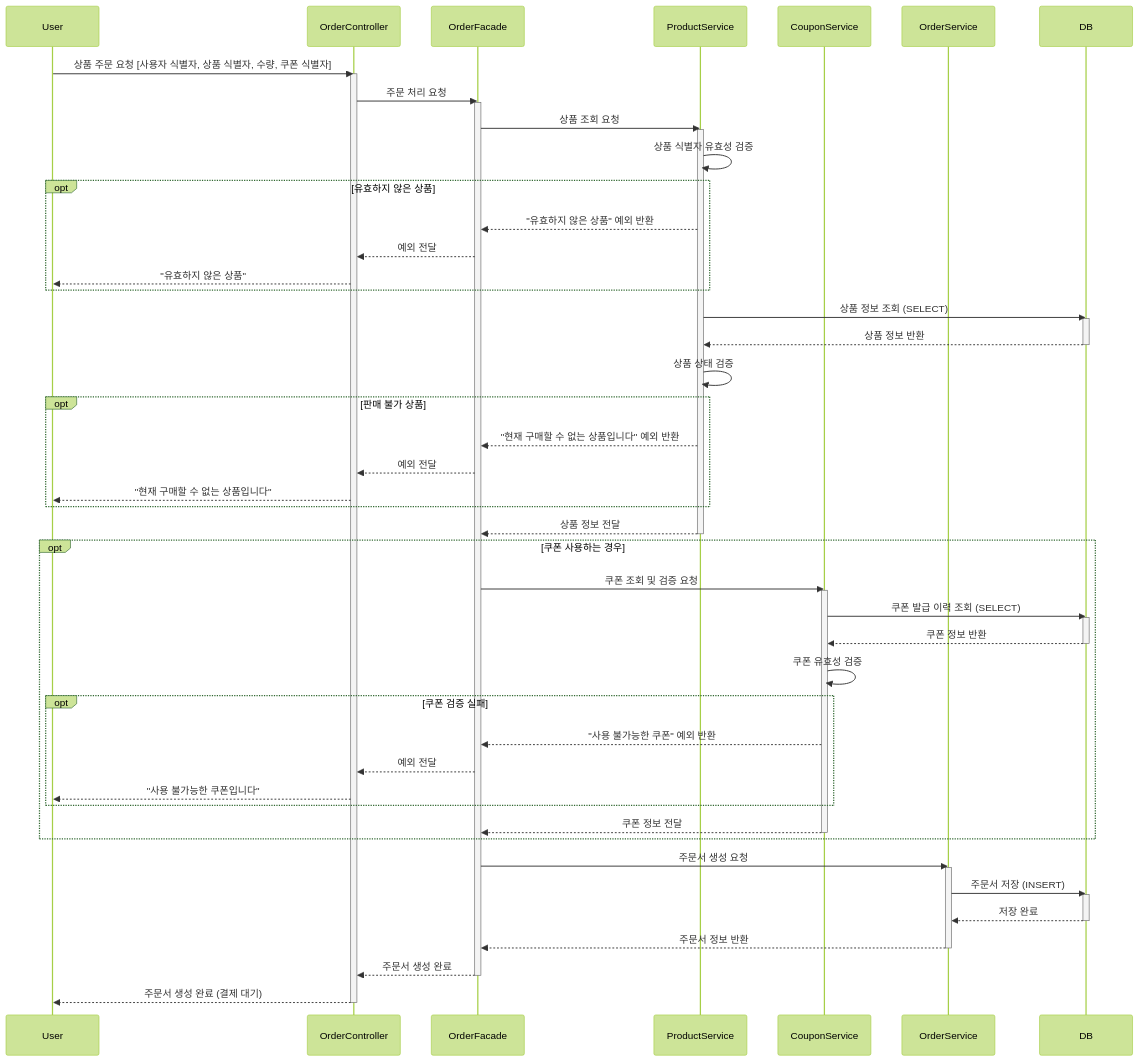
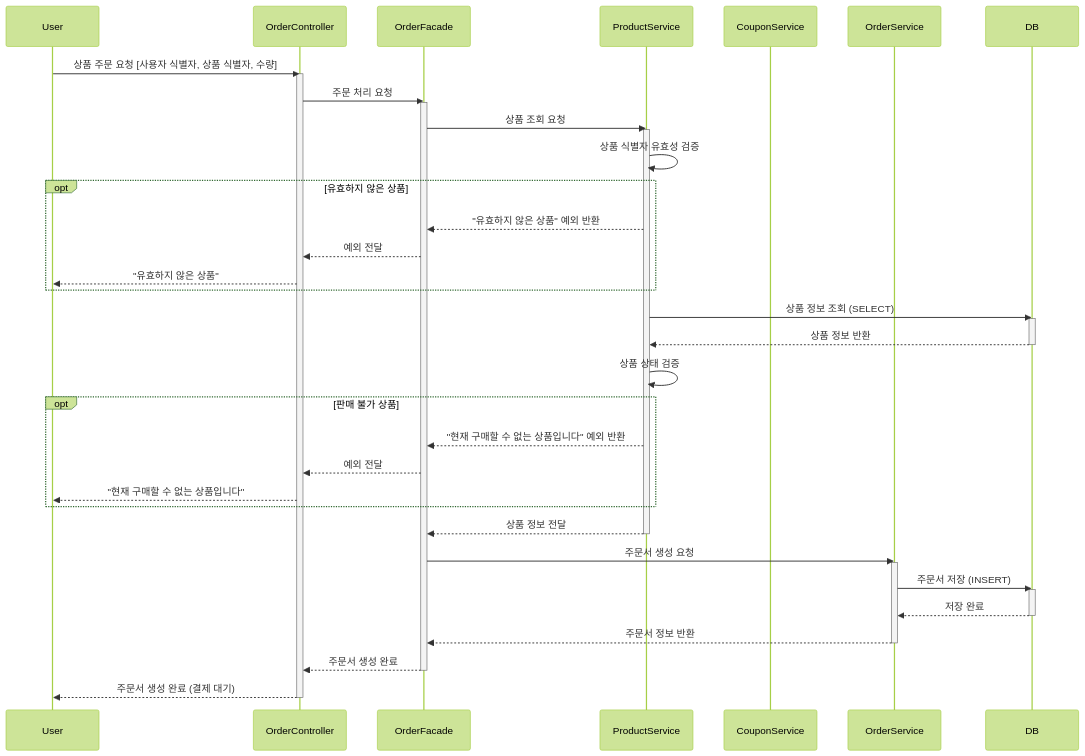
Before and after one commit to HanJeongSeol/hhplus-commerce-repo: the tenth of 14 diagrams in docs/STEP_05_SequenceDiagram.md, drawn with Mermaid. The commit also changed 10 other files, not shown here.

```diff
--- a/docs/STEP_05_SequenceDiagram.md
+++ b/docs/STEP_05_SequenceDiagram.md
@@ -639,70 +639,49 @@
     participant OrderService
     participant DB
 
-    User->>OrderController: 상품 주문 요청 [사용자 식별자, 상품 식별자, 수량, 쿠폰 식별자]
+    User->>OrderController: 상품 주문 요청 [사용자 식별자, 상품 식별자, 수량]
     activate OrderController
     OrderController->>OrderFacade: 주문 처리 요청
     activate OrderFacade
-    
-    %% 상품 유효성 검증
+
+%% 상품 유효성 검증
     OrderFacade->>ProductService: 상품 조회 요청
     activate ProductService
-    
+
     ProductService->>ProductService: 상품 식별자 유효성 검증
     opt 유효하지 않은 상품
         ProductService-->>OrderFacade: "유효하지 않은 상품" 예외 반환
         OrderFacade-->>OrderController: 예외 전달
         OrderController-->>User: "유효하지 않은 상품"
     end
-    
+
     ProductService->>DB: 상품 정보 조회 (SELECT)
     activate DB
     DB-->>ProductService: 상품 정보 반환
     deactivate DB
-    
+
     ProductService->>ProductService: 상품 상태 검증
     opt 판매 불가 상품
         ProductService-->>OrderFacade: "현재 구매할 수 없는 상품입니다" 예외 반환
         OrderFacade-->>OrderController: 예외 전달
         OrderController-->>User: "현재 구매할 수 없는 상품입니다"
     end
-    
+
     ProductService-->>OrderFacade: 상품 정보 전달
     deactivate ProductService
 
-    %% 쿠폰 검증
-    opt 쿠폰 사용하는 경우
-        OrderFacade->>CouponService: 쿠폰 조회 및 검증 요청
-        activate CouponService
-        
-        CouponService->>DB: 쿠폰 발급 이력 조회 (SELECT)
-        activate DB
-        DB-->>CouponService: 쿠폰 정보 반환
-        deactivate DB
-        
-        CouponService->>CouponService: 쿠폰 유효성 검증
-        opt 쿠폰 검증 실패
-            CouponService-->>OrderFacade: "사용 불가능한 쿠폰" 예외 반환
-            OrderFacade-->>OrderController: 예외 전달
-            OrderController-->>User: "사용 불가능한 쿠폰입니다"
-        end
-        
-        CouponService-->>OrderFacade: 쿠폰 정보 전달
-        deactivate CouponService
-    end
-
-    %% 주문서 생성
+%% 주문서 생성
     OrderFacade->>OrderService: 주문서 생성 요청
     activate OrderService
-    
+
     OrderService->>DB: 주문서 저장 (INSERT)
     activate DB
     DB-->>OrderService: 저장 완료
     deactivate DB
-    
+
     OrderService-->>OrderFacade: 주문서 정보 반환
     deactivate OrderService
-    
+
     OrderFacade-->>OrderController: 주문서 생성 완료
     deactivate OrderFacade
     OrderController-->>User: 주문서 생성 완료 (결제 대기)
```
